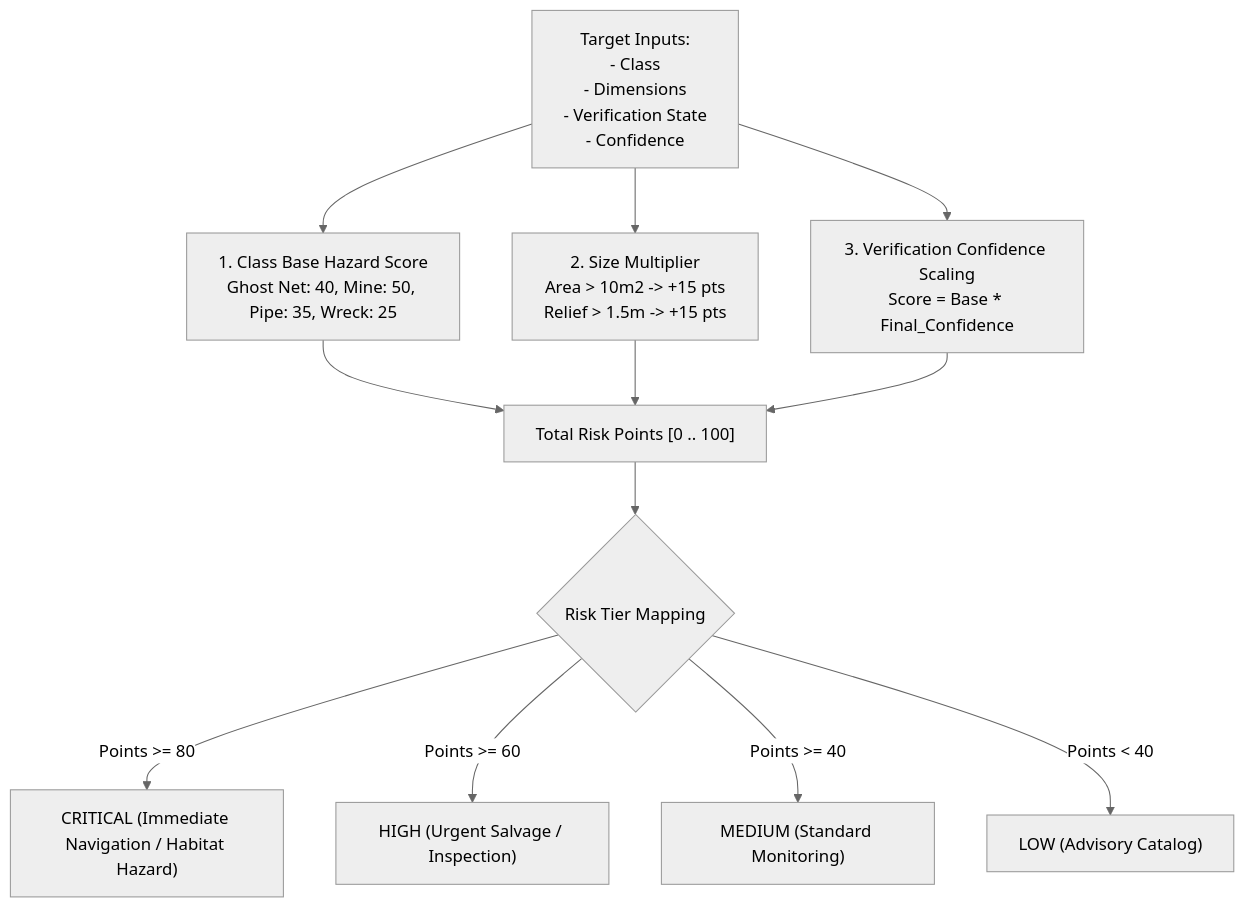
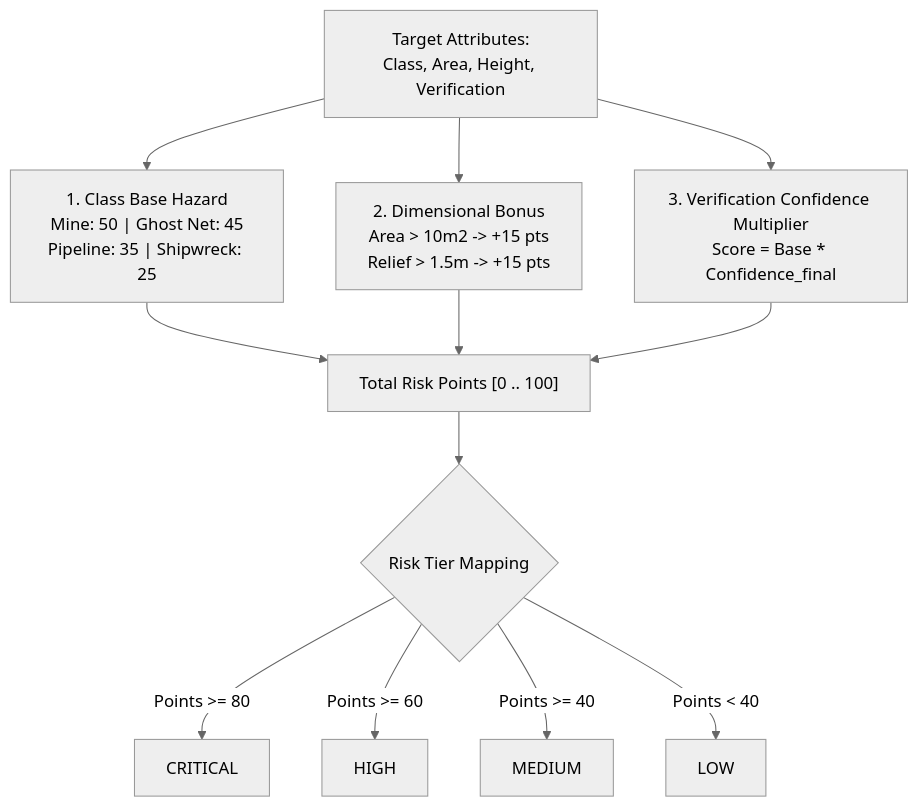
The ninth of 11 diagrams in PROJECT_SPECIFICATION.md (RaghavKacker/Aqua-Sentinel), drawn with Mermaid (neutral theme) before and after one commit. The commit also changed other lines of this file, not shown here.

````diff
--- a/PROJECT_SPECIFICATION.md
+++ b/PROJECT_SPECIFICATION.md
@@ -699,12 +650,12 @@
 ```mermaid
 flowchart TD
-    IN["Target Inputs:<br/>- Class<br/>- Dimensions<br/>- Verification State<br/>- Confidence"] --> BASE["1. Class Base Hazard Score<br/>Ghost Net: 40, Mine: 50, Pipe: 35, Wreck: 25"]
-    IN --> SIZE["2. Size Multiplier<br/>Area > 10m2 -> +15 pts<br/>Relief > 1.5m -> +15 pts"]
-    IN --> VERIF["3. Verification Confidence Scaling<br/>Score = Base * Final_Confidence"]
+    IN["Target Attributes:<br/>Class, Area, Height, Verification"] --> BASE["1. Class Base Hazard<br/>Mine: 50 | Ghost Net: 45<br/>Pipeline: 35 | Shipwreck: 25"]
+    IN --> SIZE["2. Dimensional Bonus<br/>Area > 10m2 -> +15 pts<br/>Relief > 1.5m -> +15 pts"]
+    IN --> VERIF["3. Verification Confidence Multiplier<br/>Score = Base * Confidence_final"]
     BASE & SIZE & VERIF --> TOTAL["Total Risk Points [0 .. 100]"]
     TOTAL --> TIER{"Risk Tier Mapping"}
-    TIER -->|Points >= 80| CRIT["CRITICAL (Immediate Navigation / Habitat Hazard)"]
-    TIER -->|Points >= 60| HIGH["HIGH (Urgent Salvage / Inspection)"]
-    TIER -->|Points >= 40| MED["MEDIUM (Standard Monitoring)"]
-    TIER -->|Points < 40| LOW["LOW (Advisory Catalog)"]
+    TIER -->|Points >= 80| CRIT["CRITICAL"]
+    TIER -->|Points >= 60| HIGH["HIGH"]
+    TIER -->|Points >= 40| MED["MEDIUM"]
+    TIER -->|Points < 40| LOW["LOW"]
 ```
````
